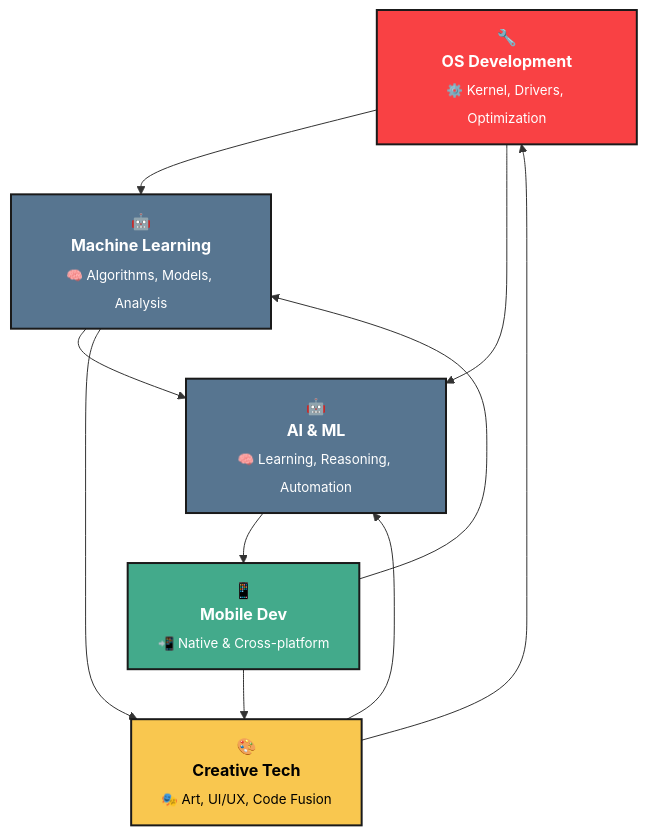
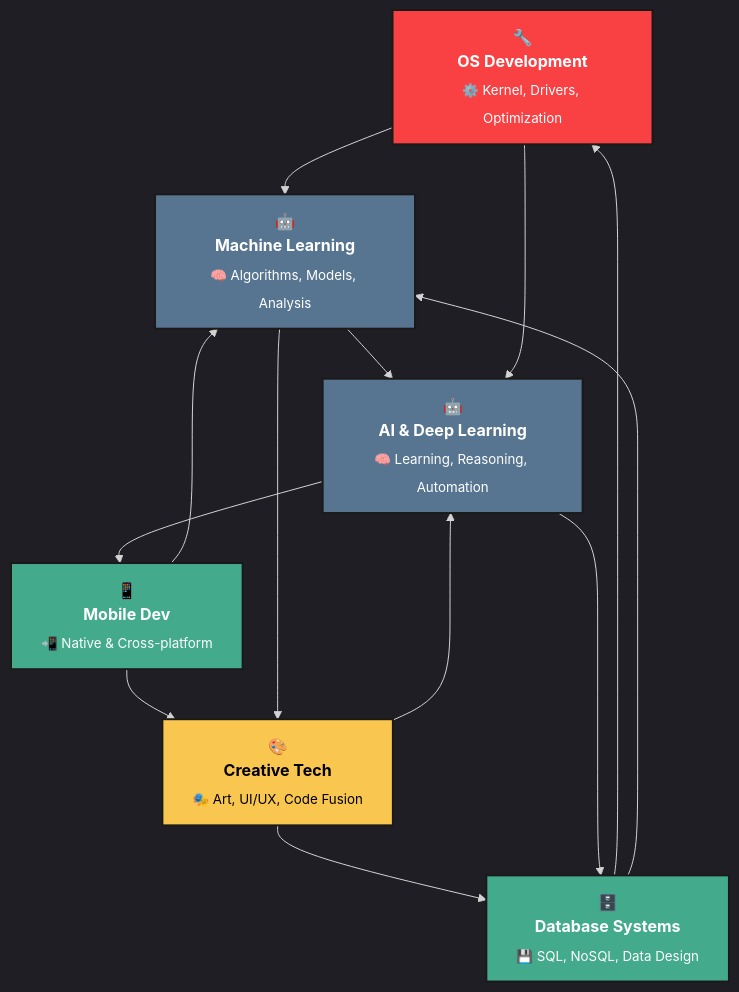
The diagram in README.md (SoubhLance/SoubhLance), drawn with Mermaid before and after one commit. The commit also changed other lines of this file, not shown here.

````diff
--- a/README.md
+++ b/README.md
@@ -174,28 +239,32 @@
 ```mermaid
-%% 🕸️ Skill Web – Interconnected Creativity & Logic
+%%{init: {'theme':'dark'}}%%
 graph TD
     OS["🔧<br><b>OS Development</b><br><sub>⚙️ Kernel, Drivers, Optimization</sub>"]:::core
     ML["🤖<br><b>Machine Learning</b><br><sub>🧠 Algorithms, Models, Analysis</sub>"]:::ml
-    AI["🤖<br><b>AI & ML</b><br><sub>🧠 Learning, Reasoning, Automation</sub>"]:::ml
+    AI["🤖<br><b>AI & Deep Learning</b><br><sub>🧠 Learning, Reasoning, Automation</sub>"]:::ml
     Mobile["📱<br><b>Mobile Dev</b><br><sub>📲 Native & Cross-platform</sub>"]:::tech
     Creative["🎨<br><b>Creative Tech</b><br><sub>🎭 Art, UI/UX, Code Fusion</sub>"]:::creative
+    DB["🗄️<br><b>Database Systems</b><br><sub>💾 SQL, NoSQL, Data Design</sub>"]:::tech
 
-    %% Circular base
+    %% Circular connections
     OS --> ML
     ML --> AI
     AI --> Mobile
     Mobile --> Creative
-    Creative --> OS
+    Creative --> DB
+    DB --> OS
 
     %% Cross-links
     OS --> AI
     ML --> Creative
     Mobile --> ML
     Creative --> AI
+    DB --> ML
+    AI --> DB
 
     %% Styles
     classDef core fill:#F94144,stroke:#1a1a1a,color:#fff,stroke-width:2px
     classDef tech fill:#43AA8B,stroke:#1a1a1a,color:#fff,stroke-width:2px
     classDef ml fill:#577590,stroke:#1a1a1a,color:#fff,stroke-width:2px
     classDef creative fill:#F9C74F,stroke:#1a1a1a,color:#000,stroke-width:2px
 ```
````
